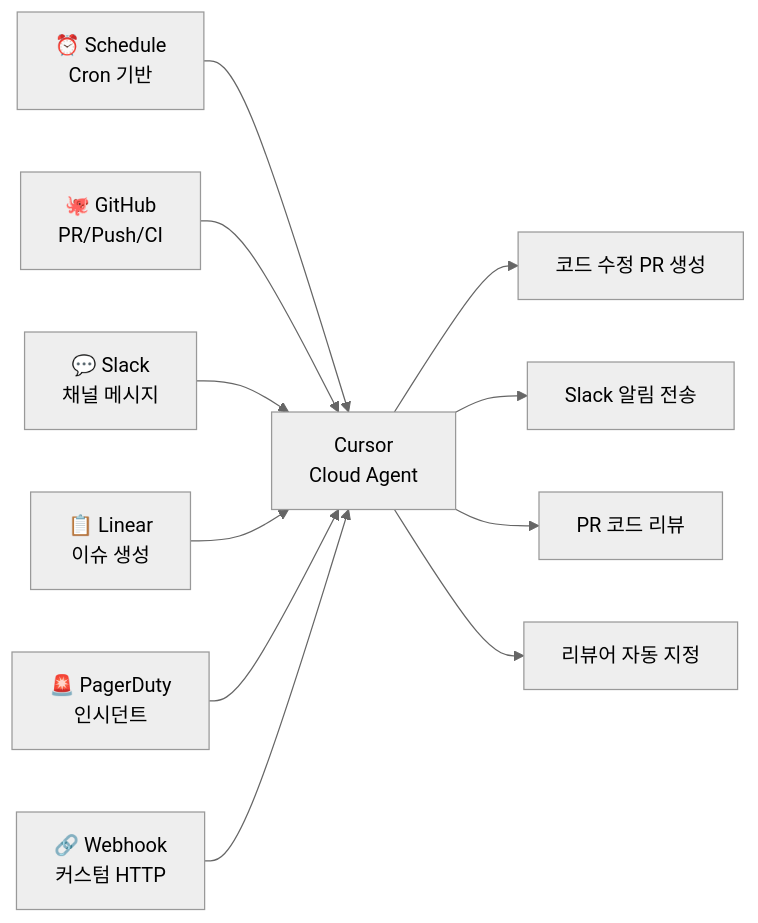
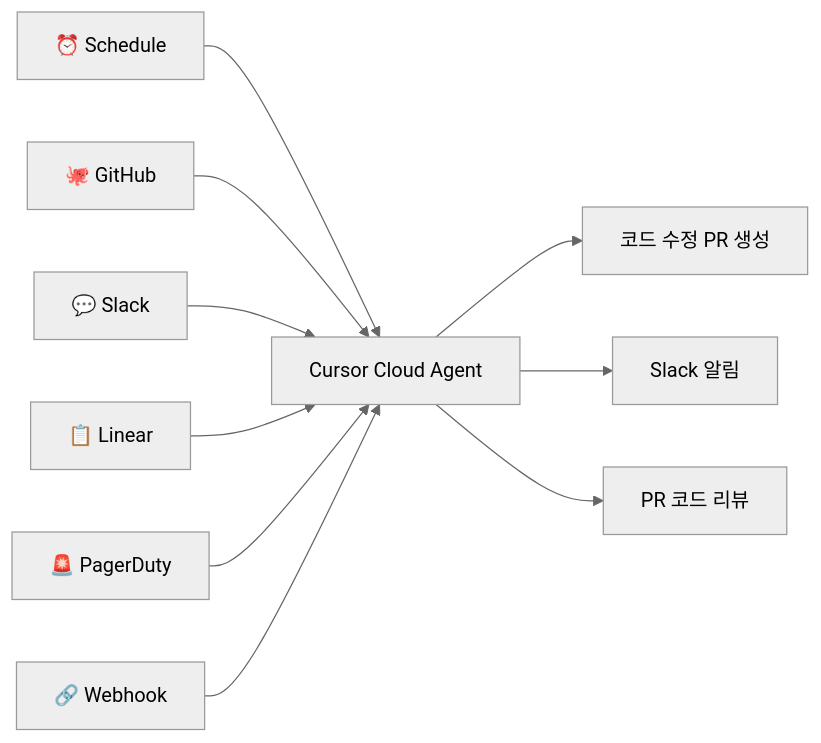
One commit to Mike-kor/my-agent-docs changed the second of 2 diagrams in ai-agentic-workflow.md. Above: the diagram before and after it, drawn with Mermaid (neutral theme). The commit also changed other lines of this file, not shown here.

````diff
--- a/ai-agentic-workflow.md
+++ b/ai-agentic-workflow.md
@@ -432,13 +309,12 @@
 ```mermaid
 flowchart LR
-    A[⏰ Schedule\nCron 기반] --> Z[Cursor\nCloud Agent]
-    B[🐙 GitHub\nPR/Push/CI] --> Z
-    C[💬 Slack\n채널 메시지] --> Z
-    D[📋 Linear\n이슈 생성] --> Z
-    E[🚨 PagerDuty\n인시던트] --> Z
-    F[🔗 Webhook\n커스텀 HTTP] --> Z
+    A[⏰ Schedule] --> Z[Cursor Cloud Agent]
+    B[🐙 GitHub] --> Z
+    C[💬 Slack] --> Z
+    D[📋 Linear] --> Z
+    E[🚨 PagerDuty] --> Z
+    F[🔗 Webhook] --> Z
     Z --> G[코드 수정 PR 생성]
-    Z --> H[Slack 알림 전송]
+    Z --> H[Slack 알림]
     Z --> I[PR 코드 리뷰]
-    Z --> J[리뷰어 자동 지정]
 ```
````
